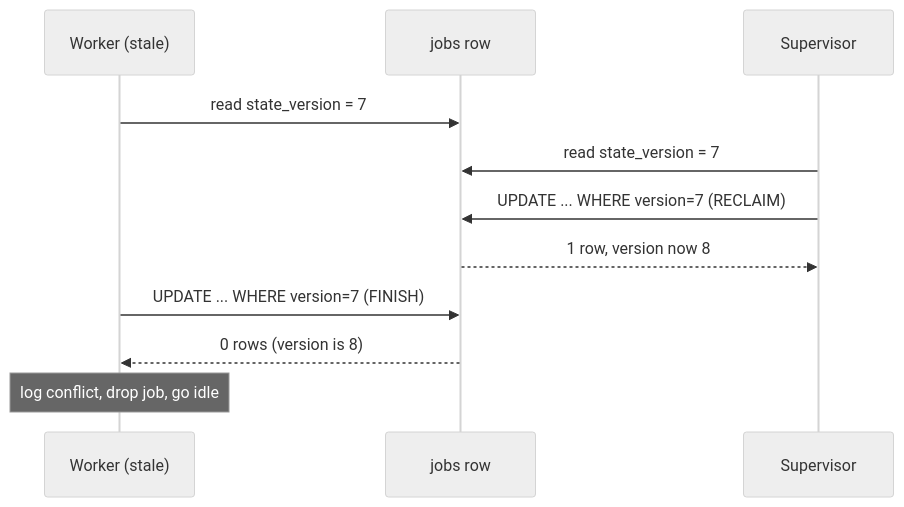
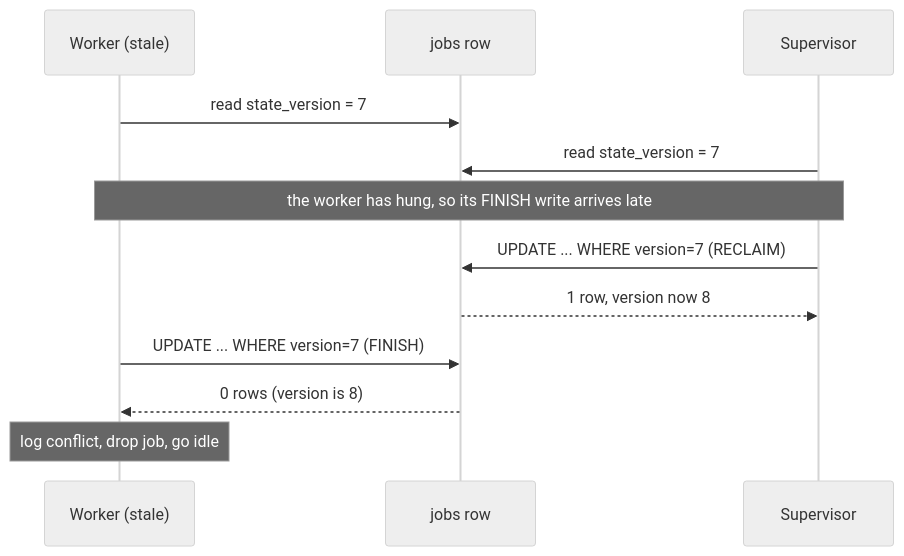
Before and after one commit to y4shb/y4shb.github.io: the second of 2 diagrams in articles/05-job-lifecycle-as-a-finite-state-machine.md, drawn with Mermaid (neutral theme). The commit also changed other lines of this file and 41 other files, not shown here.

````diff
--- a/articles/05-job-lifecycle-as-a-finite-state-machine.md
+++ b/articles/05-job-lifecycle-as-a-finite-state-machine.md
@@ -285,13 +291,14 @@
 ```mermaid
 sequenceDiagram
     participant W as Worker (stale)
     participant DB as jobs row
     participant S as Supervisor
     W->>DB: read state_version = 7
     S->>DB: read state_version = 7
+    Note over W,S: the worker has hung, so its FINISH write arrives late
     S->>DB: UPDATE ... WHERE version=7 (RECLAIM)
     DB-->>S: 1 row, version now 8
     W->>DB: UPDATE ... WHERE version=7 (FINISH)
     DB-->>W: 0 rows (version is 8)
     Note over W: log conflict, drop job, go idle
 ```
````
